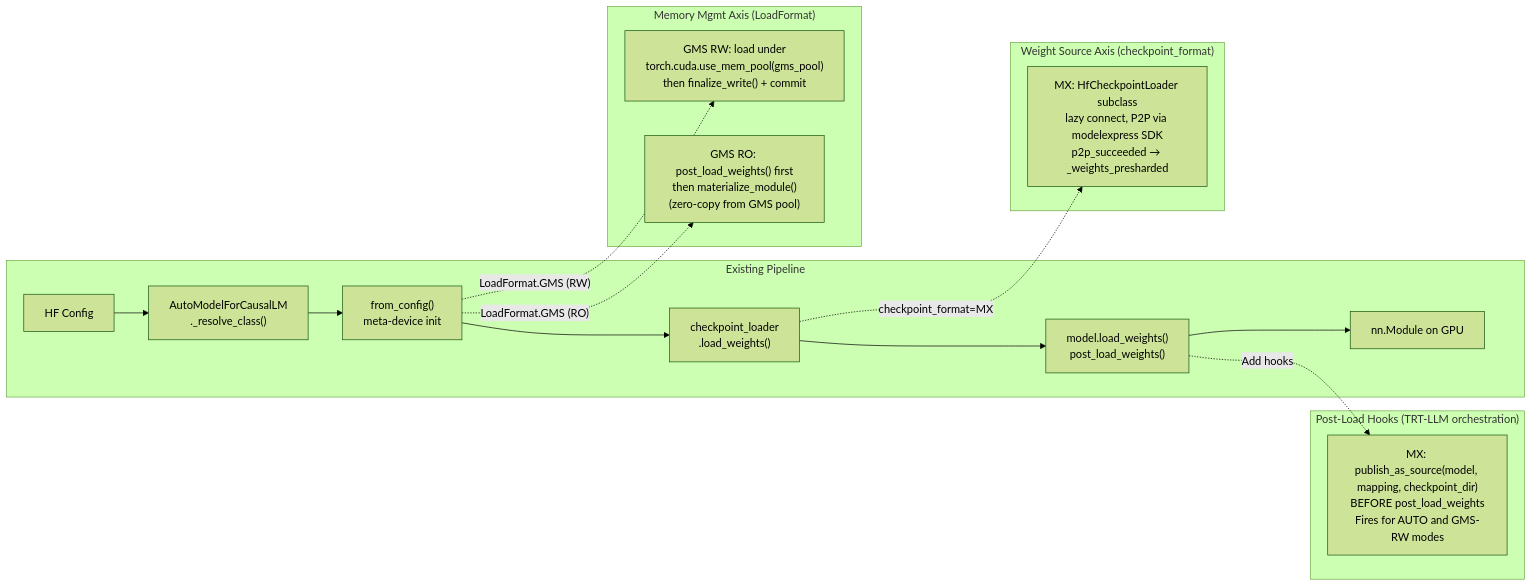
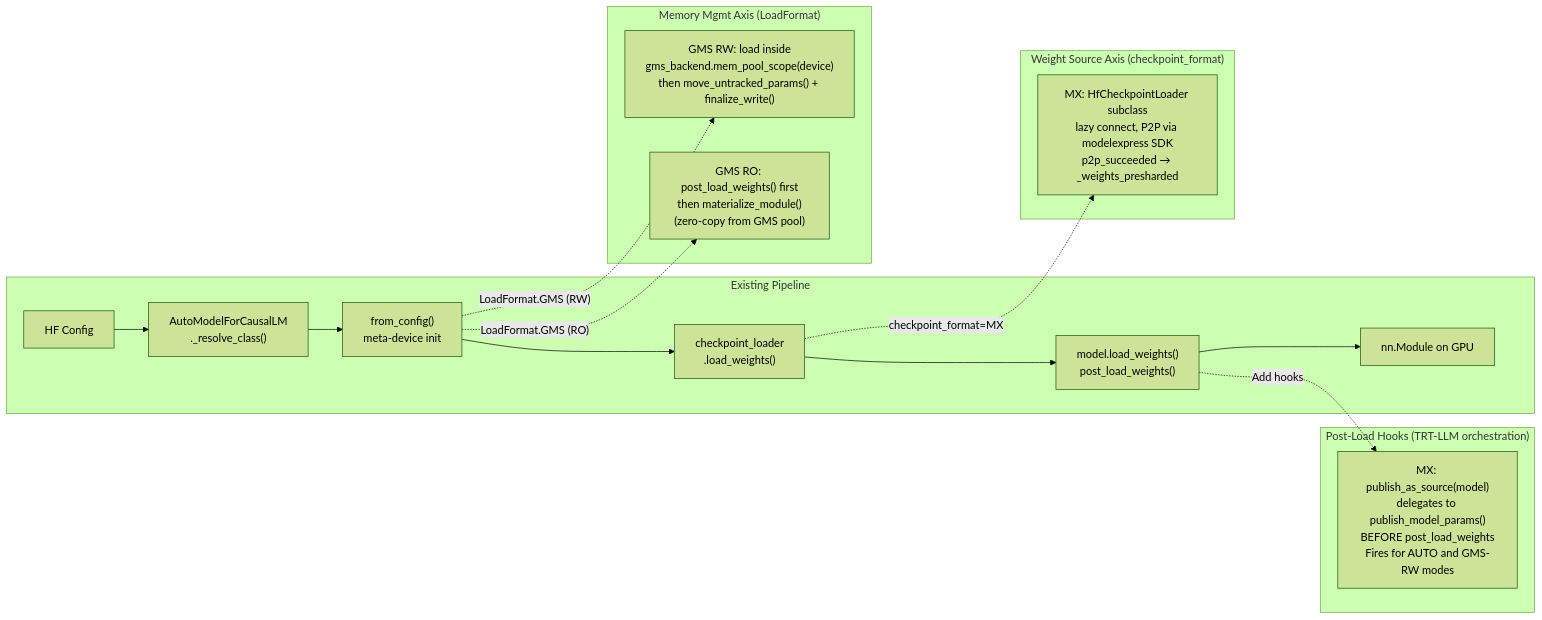
One commit to chienchunhung/TensorRT-LLM changed the fifth of 5 diagrams in docs/design/mx-gms-integration/03-architecture.md. Above: the diagram before and after it, drawn with Mermaid (forest theme). The commit also changed other lines of this file and 3 other files, not shown here.

````diff
--- a/docs/design/mx-gms-integration/03-architecture.md
+++ b/docs/design/mx-gms-integration/03-architecture.md
@@ -151,28 +151,28 @@
 ```mermaid
 flowchart LR
     subgraph "Existing Pipeline"
         A["HF Config"] --> B["AutoModelForCausalLM<br/>._resolve_class()"]
         B --> C["from_config()<br/>meta-device init"]
         C --> D["checkpoint_loader<br/>.load_weights()"]
         D --> E["model.load_weights()<br/>post_load_weights()"]
         E --> F["nn.Module on GPU"]
     end
 
     subgraph "Weight Source Axis (checkpoint_format)"
         D1["MX: HfCheckpointLoader subclass<br/>lazy connect, P2P via modelexpress SDK<br/>p2p_succeeded → _weights_presharded"]
     end
 
     subgraph "Memory Mgmt Axis (LoadFormat)"
-        D3["GMS RW: load under<br/>torch.cuda.use_mem_pool(gms_pool)<br/>then finalize_write() + commit"]
+        D3["GMS RW: load inside<br/>gms_backend.mem_pool_scope(device)<br/>then move_untracked_params() + finalize_write()"]
         D4["GMS RO: post_load_weights() first<br/>then materialize_module()<br/>(zero-copy from GMS pool)"]
     end
 
     subgraph "Post-Load Hooks (TRT-LLM orchestration)"
-        D2["MX: publish_as_source(model, mapping, checkpoint_dir)<br/>BEFORE post_load_weights<br/>Fires for AUTO and GMS-RW modes"]
+        D2["MX: publish_as_source(model)<br/>delegates to publish_model_params()<br/>BEFORE post_load_weights<br/>Fires for AUTO and GMS-RW modes"]
     end
 
     D -.->|"checkpoint_format=MX"| D1
     C -.->|"LoadFormat.GMS (RW)"| D3
     C -.->|"LoadFormat.GMS (RO)"| D4
     E -.->|"Add hooks"| D2
 ```
````
